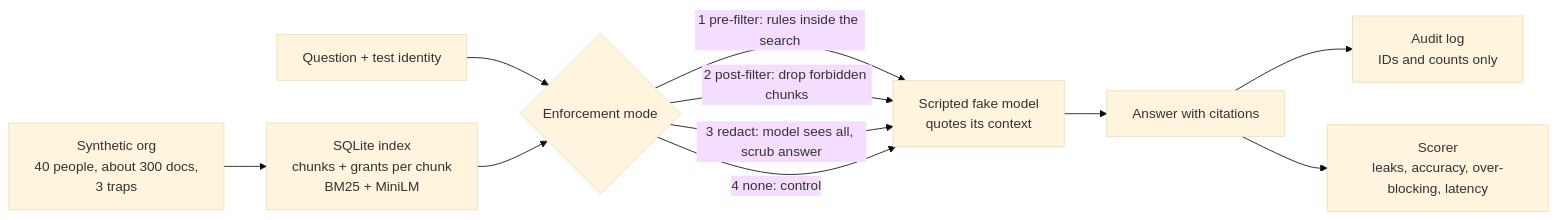
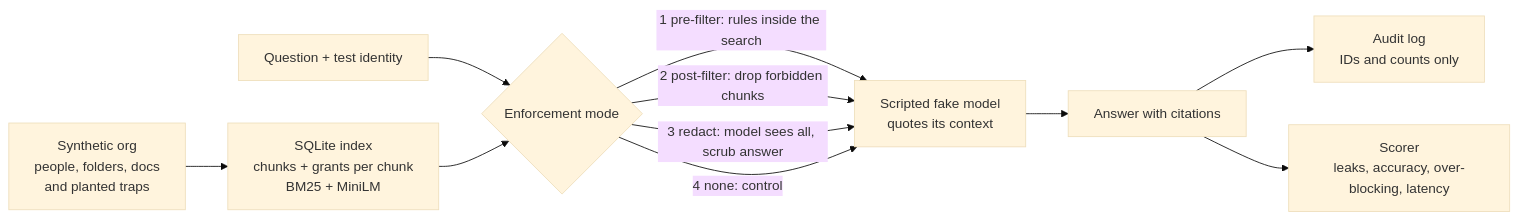
The diagram in README.md (shreyas-tech7/gatedmind), drawn with Mermaid (base theme) before and after one commit. The commit also changed other lines of this file and 8 other files, not shown here.

````diff
--- a/README.md
+++ b/README.md
@@ -15,13 +15,13 @@
 ```mermaid
 flowchart LR
-  G[Synthetic org<br/>40 people, about 300 docs,<br/>3 traps] --> I[SQLite index<br/>chunks + grants per chunk<br/>BM25 + MiniLM]
+  G[Synthetic org<br/>people, folders, docs<br/>and planted traps] --> I[SQLite index<br/>chunks + grants per chunk<br/>BM25 + MiniLM]
   Q[Question + test identity] --> E{Enforcement mode}
   I --> E
   E -->|1 pre-filter: rules inside the search| M[Scripted fake model<br/>quotes its context]
   E -->|2 post-filter: drop forbidden chunks| M
   E -->|3 redact: model sees all, scrub answer| M
   E -->|4 none: control| M
   M --> A[Answer with citations]
   A --> L[Audit log<br/>IDs and counts only]
   A --> S[Scorer<br/>leaks, accuracy, over-blocking, latency]
 ```
````
